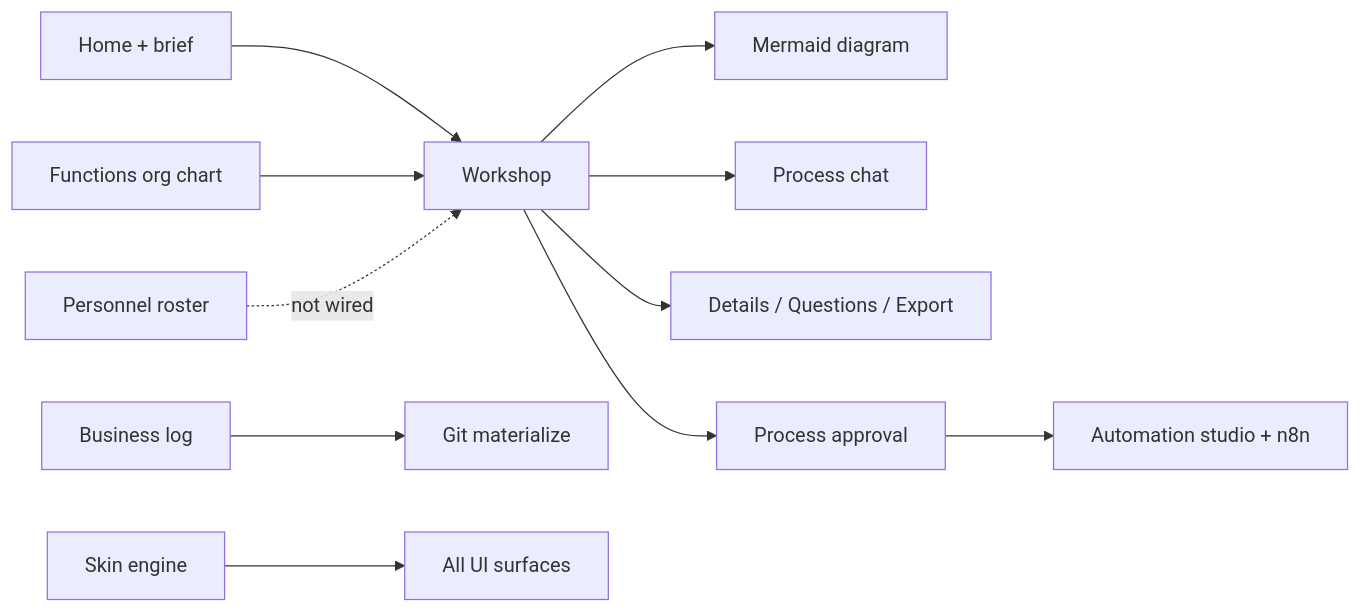
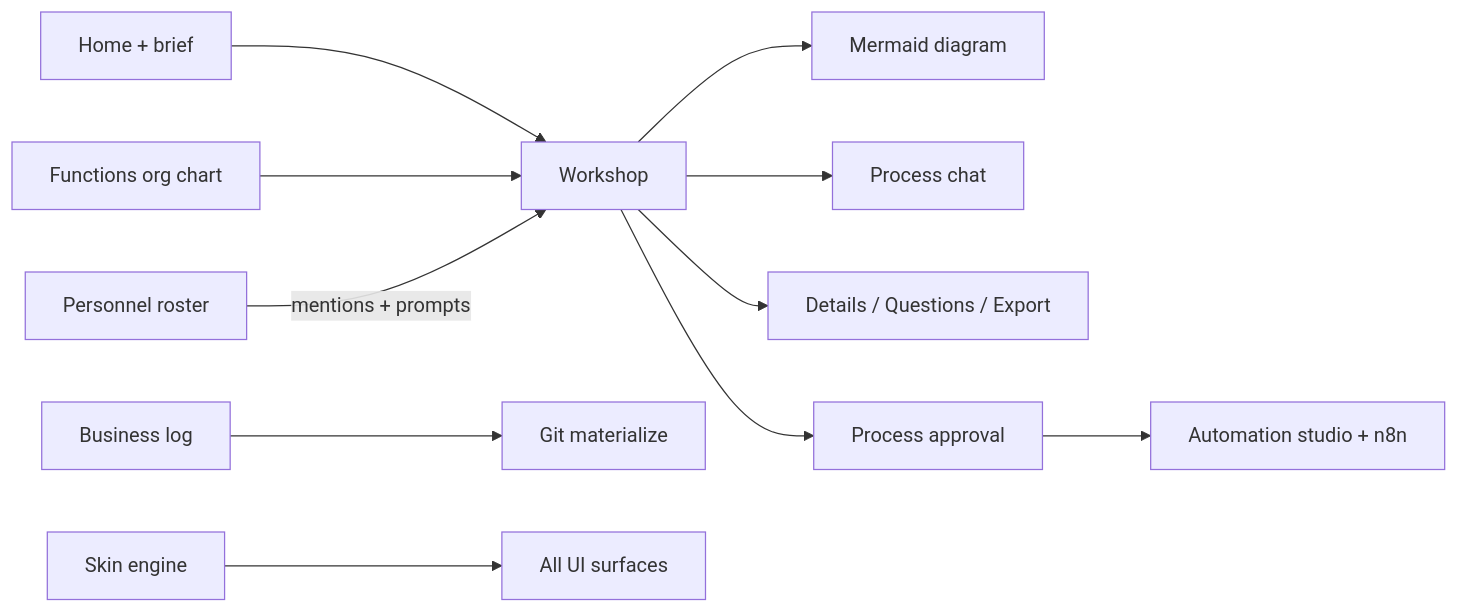
Before and after one commit to karmsheel/hermes-forge: the first of 2 diagrams in docs/references/audit.md, drawn with Mermaid. The commit also changed other lines of this file and 73 other files, not shown here.

First line of the commit message:
feat: export, personnel edit, workshop roster wiring; release 0.2.7

````diff
--- a/docs/references/audit.md
+++ b/docs/references/audit.md
@@ -34,13 +34,13 @@
 ```mermaid
 flowchart LR
   Home["Home + brief"] --> Workshop["Workshop"]
   Workshop --> Diagram["Mermaid diagram"]
   Workshop --> Chat["Process chat"]
   Workshop --> Tabs["Details / Questions / Export"]
   Workshop --> Approve["Process approval"]
   Approve --> Auto["Automation studio + n8n"]
   Functions["Functions org chart"] --> Workshop
-  Personnel["Personnel roster"] -.->|"not wired"| Workshop
+  Personnel["Personnel roster"] -->|"mentions + prompts"| Workshop
   Log["Business log"] --> GitExport["Git materialize"]
   Themes["Skin engine"] --> UI["All UI surfaces"]
 ```
````
